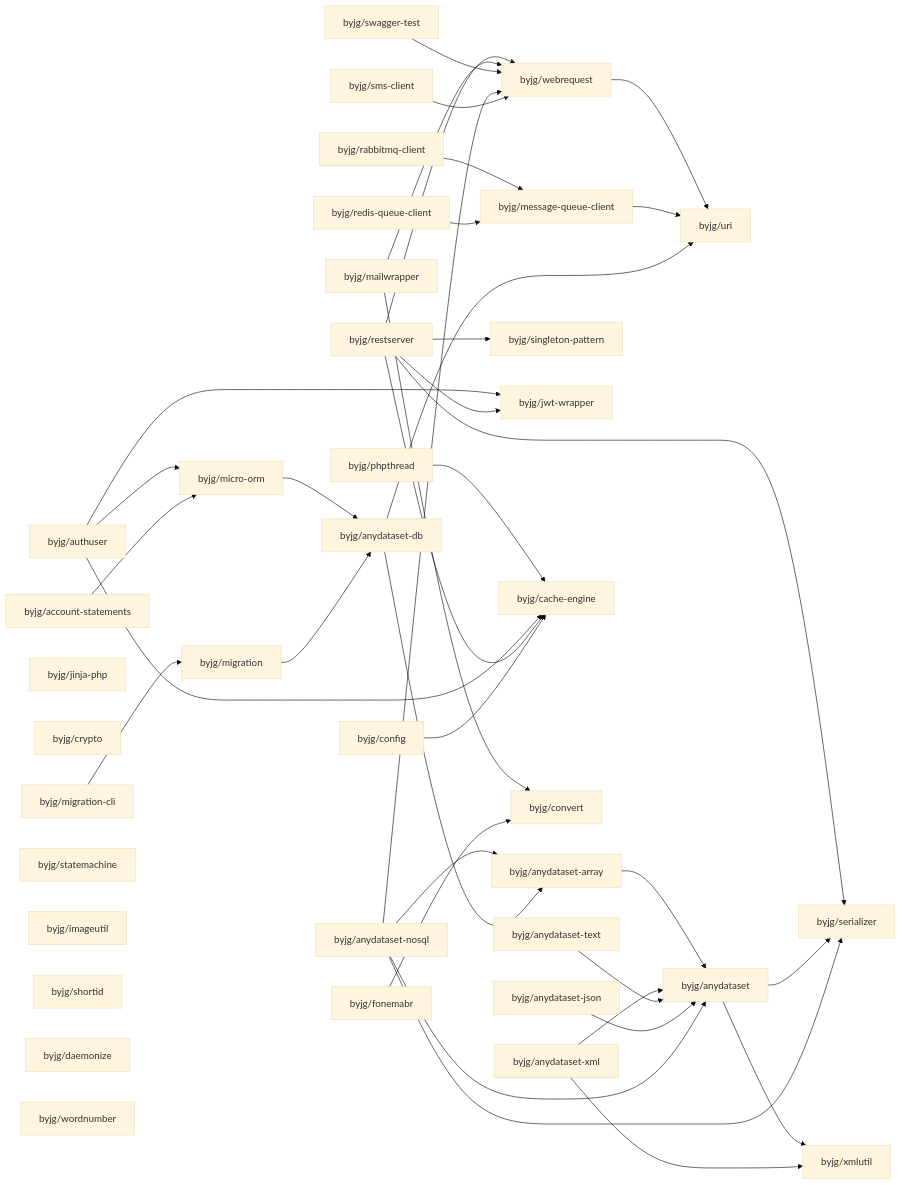
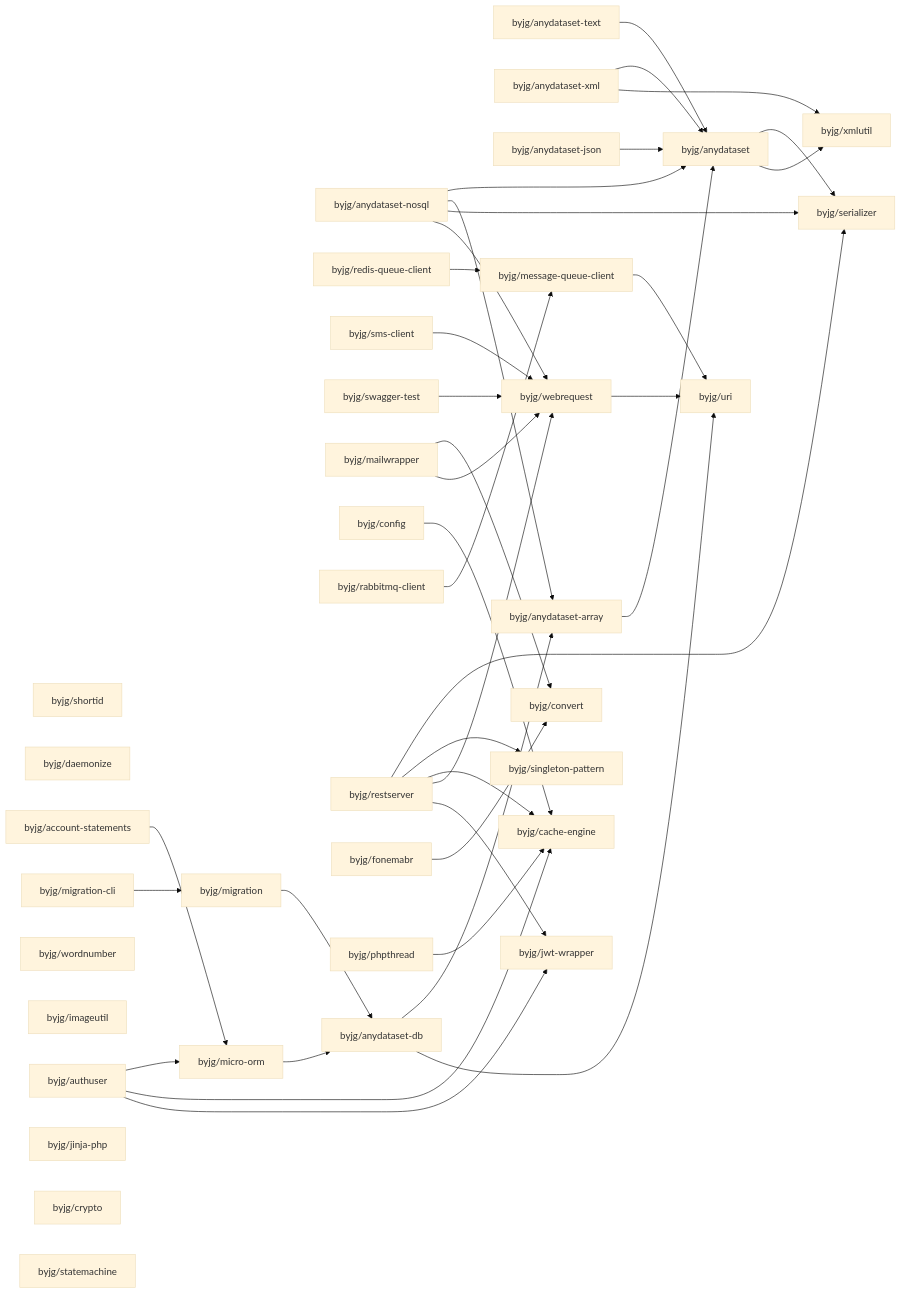
The diagram in docs/php/README.md (byjg/byjg.github.io), drawn with Mermaid (base theme) before and after one commit. The commit also changed other lines of this file, not shown here.

Commit message:
Update documentation 'php' 'php-anydataset-xml'

````diff
--- a/docs/php/README.md
+++ b/docs/php/README.md
@@ -3,76 +3,76 @@
 ```mermaid
 graph LR;
-  byjg/fonemabr;
-  byjg/migration-cli;
+  byjg/shortid;
+  byjg/anydataset-nosql;
   byjg/anydataset-text;
-  byjg/rabbitmq-client;
-  byjg/authuser;
-  byjg/anydataset-xml;
-  byjg/swagger-test;
-  byjg/config;
-  byjg/jinja-php;
-  byjg/crypto;
-  byjg/restserver;
-  byjg/anydataset-nosql;
   byjg/redis-queue-client;
   byjg/sms-client;
+  byjg/daemonize;
+  byjg/migration-cli;
   byjg/account-statements;
+  byjg/swagger-test;
+  byjg/wordnumber;
+  byjg/anydataset-xml;
+  byjg/imageutil;
+  byjg/mailwrapper;
+  byjg/anydataset-json;
+  byjg/config;
+  byjg/authuser;
+  byjg/jinja-php;
+  byjg/rabbitmq-client;
+  byjg/crypto;
   byjg/statemachine;
+  byjg/restserver;
+  byjg/fonemabr;
   byjg/phpthread;
-  byjg/mailwrapper;
-  byjg/imageutil;
-  byjg/shortid;
-  byjg/anydataset-json;
-  byjg/daemonize;
-  byjg/wordnumber;
   byjg/migration;
+  byjg/micro-orm;
+  byjg/message-queue-client;
   byjg/singleton-pattern;
+  byjg/webrequest;
   byjg/jwt-wrapper;
-  byjg/message-queue-client;
-  byjg/micro-orm;
+  byjg/convert;
   byjg/cache-engine;
-  byjg/convert;
-  byjg/webrequest;
   byjg/anydataset-db;
   byjg/anydataset-array;
   byjg/uri;
   byjg/anydataset;
   byjg/serializer;
   byjg/xmlutil;
   byjg/phpthread --> byjg/cache-engine;
   byjg/micro-orm --> byjg/anydataset-db;
   byjg/authuser --> byjg/micro-orm;
   byjg/authuser --> byjg/cache-engine;
   byjg/authuser --> byjg/jwt-wrapper;
   byjg/anydataset-array --> byjg/anydataset;
   byjg/restserver --> byjg/serializer;
   byjg/restserver --> byjg/singleton-pattern;
   byjg/restserver --> byjg/cache-engine;
   byjg/restserver --> byjg/webrequest;
   byjg/restserver --> byjg/jwt-wrapper;
   byjg/mailwrapper --> byjg/convert;
   byjg/mailwrapper --> byjg/webrequest;
   byjg/swagger-test --> byjg/webrequest;
   byjg/migration --> byjg/anydataset-db;
   byjg/account-statements --> byjg/micro-orm;
   byjg/anydataset --> byjg/serializer;
   byjg/anydataset --> byjg/xmlutil;
   byjg/fonemabr --> byjg/convert;
   byjg/anydataset-xml --> byjg/anydataset;
   byjg/anydataset-xml --> byjg/xmlutil;
   byjg/webrequest --> byjg/uri;
   byjg/config --> byjg/cache-engine;
   byjg/migration-cli --> byjg/migration;
   byjg/anydataset-text --> byjg/anydataset;
   byjg/message-queue-client --> byjg/uri;
   byjg/anydataset-json --> byjg/anydataset;
   byjg/anydataset-nosql --> byjg/anydataset;
   byjg/anydataset-nosql --> byjg/anydataset-array;
   byjg/anydataset-nosql --> byjg/serializer;
   byjg/anydataset-nosql --> byjg/webrequest;
   byjg/anydataset-db --> byjg/anydataset-array;
   byjg/anydataset-db --> byjg/uri;
   byjg/rabbitmq-client --> byjg/message-queue-client;
   byjg/redis-queue-client --> byjg/message-queue-client;
   byjg/sms-client --> byjg/webrequest;
 ```
````
